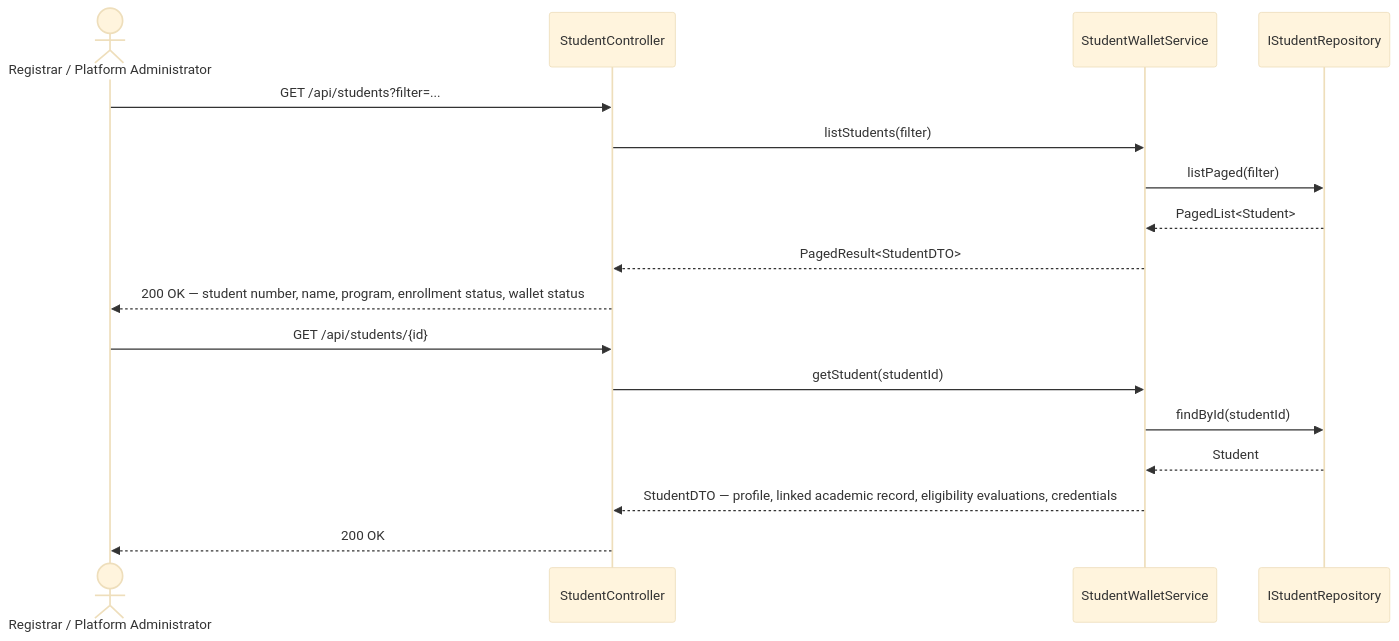
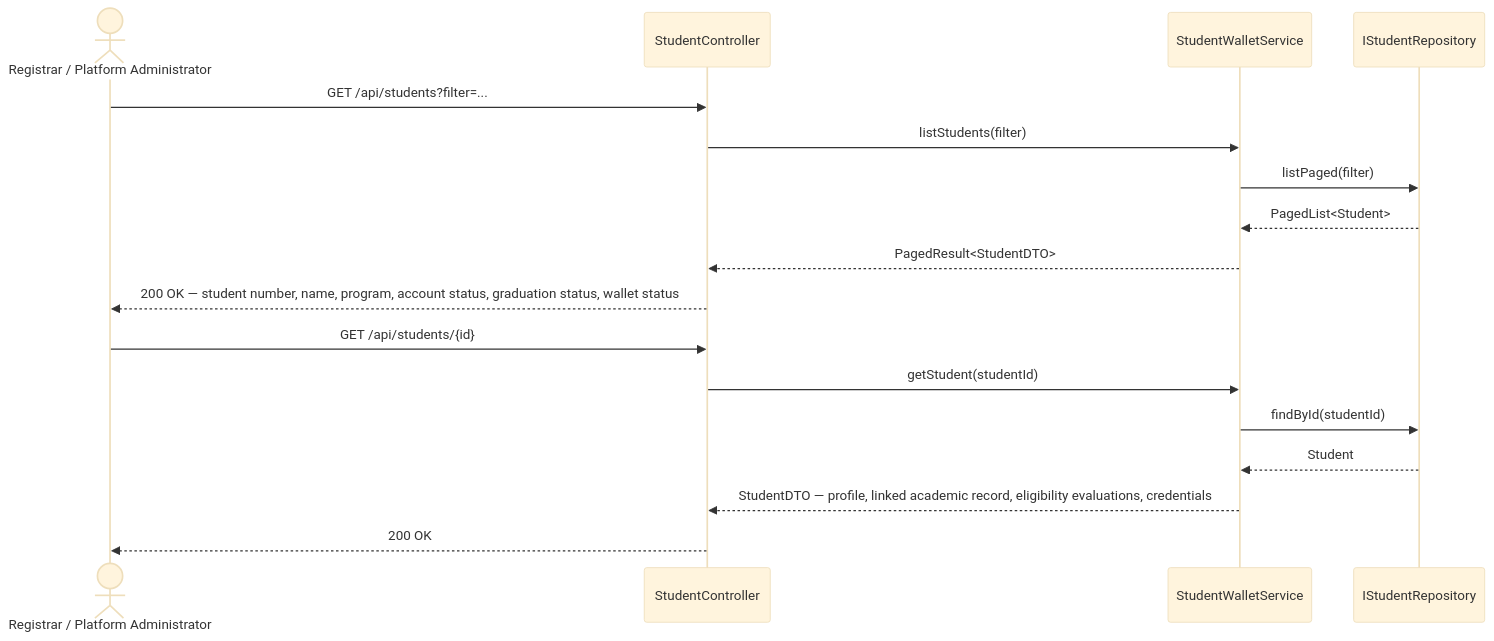
One commit to huypengin/UniDipVeri changed diagram 15 of 15 in docs/03-design/Sequence_Diagram.md. Above: the diagram before and after it, drawn with Mermaid (base theme). The commit also changed other lines of this file and 8 other files, not shown here.

First line of the commit message:
feat(requirements): Introduce expanded account, graduation and wallet statuses

````diff
--- a/docs/03-design/Sequence_Diagram.md
+++ b/docs/03-design/Sequence_Diagram.md
@@ -644,21 +644,21 @@
 ```mermaid
 sequenceDiagram
     actor Staff as Registrar / Platform Administrator
     participant STC as StudentController
     participant WS as StudentWalletService
     participant Repo as IStudentRepository
 
     Staff->>STC: GET /api/students?filter=...
     STC->>WS: listStudents(filter)
     WS->>Repo: listPaged(filter)
     Repo-->>WS: PagedList<Student>
     WS-->>STC: PagedResult<StudentDTO>
-    STC-->>Staff: 200 OK — student number, name, program, enrollment status, wallet status
+    STC-->>Staff: 200 OK — student number, name, program, account status, graduation status, wallet status
 
     Staff->>STC: GET /api/students/{id}
     STC->>WS: getStudent(studentId)
     WS->>Repo: findById(studentId)
     Repo-->>WS: Student
     WS-->>STC: StudentDTO — profile, linked academic record, eligibility evaluations, credentials
     STC-->>Staff: 200 OK
 ```
````
